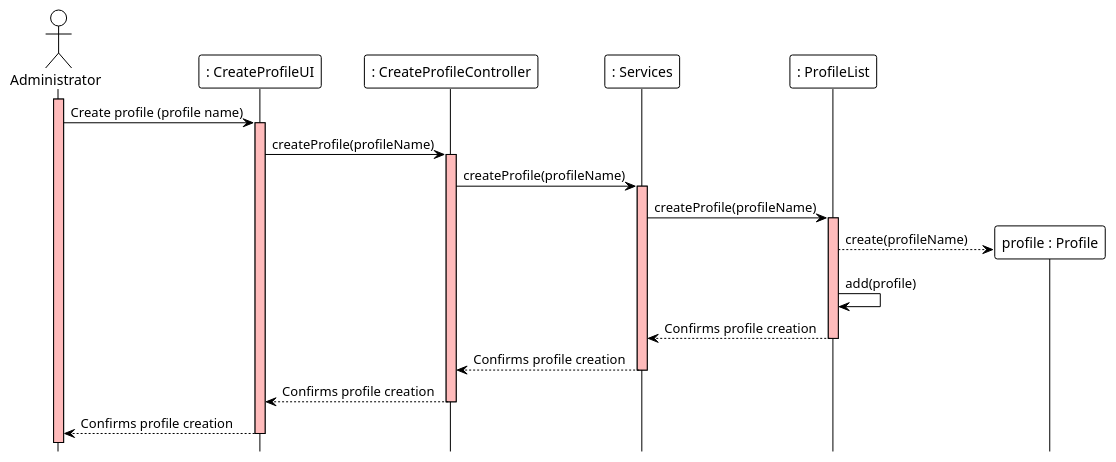
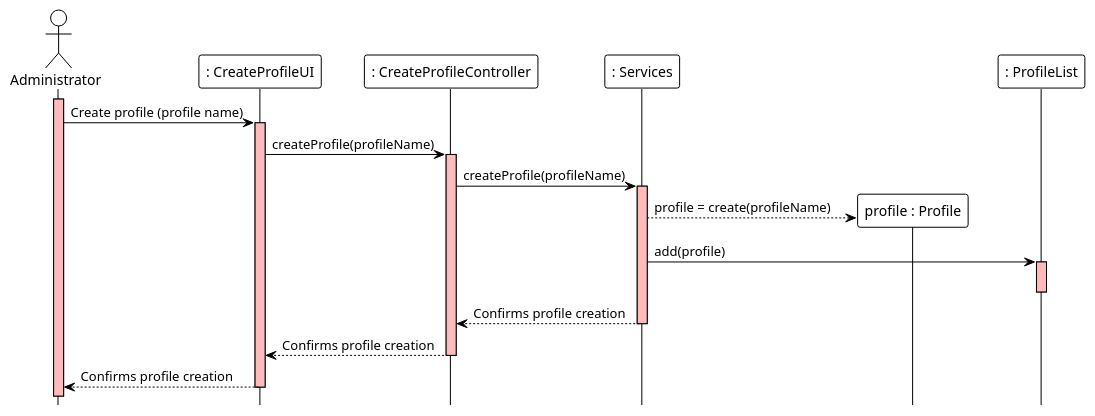
One commit to ivo-menezes/project_g3 changed the diagram in docs/modelling_design/user_stories/us001/US001_CreateProfileSD.puml. Above: the diagram before and after it, drawn with PlantUML.

Commit message:
US001: Design: update CreateProfileSD

```diff
--- a/docs/modelling_design/user_stories/us001/US001_CreateProfileSD.puml
+++ b/docs/modelling_design/user_stories/us001/US001_CreateProfileSD.puml
@@ -1,30 +1,32 @@
 @startuml
 !theme plain
 hide footbox
 actor Administrator  as Administrator
 participant ": CreateProfileUI" as UI
 participant ": CreateProfileController" as Controller
 participant ": Services" as Services
+participant "profile : Profile" as profile
 participant ": ProfileList" as List
 
 activate Administrator #FFBBBB
 Administrator ->  UI : Create profile (profile name)
 activate UI #FFBBBB
 UI -> Controller : createProfile(profileName)
 activate Controller #FFBBBB
 Controller -> Services : createProfile(profileName)
 activate Services #FFBBBB
-Services -> List : createProfile(profileName)
+Services --> profile ** : profile = create(profileName)
+Services -> List : add(profile)
+'List -> List : profileNameExists(profileName)
+
 activate List #FFBBBB
-'List -> List : profileNameExists(profileName)
-List -->"profile : Profile" ** : create(profileName)
-List -> List : add(profile)
-List --> Services : Confirms profile creation
+deactivate List
+
 deactivate List
 Services --> Controller : Confirms profile creation
 deactivate Services
 Controller --> UI : Confirms profile creation
 deactivate Controller
 UI --> Administrator : Confirms profile creation
 deactivate UI
 @enduml
```
